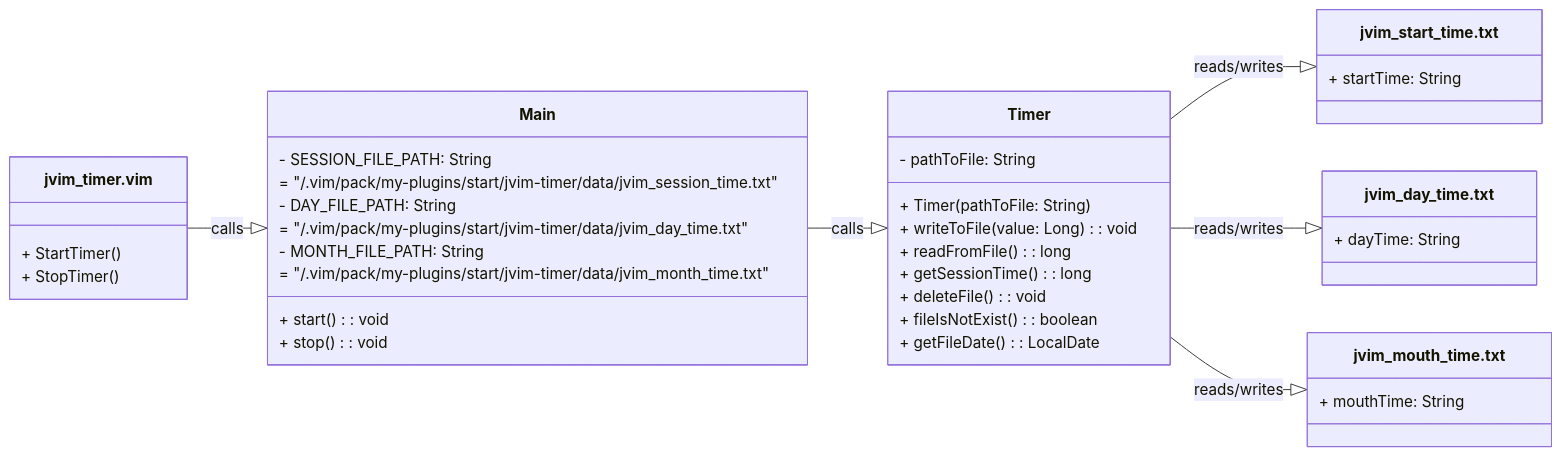
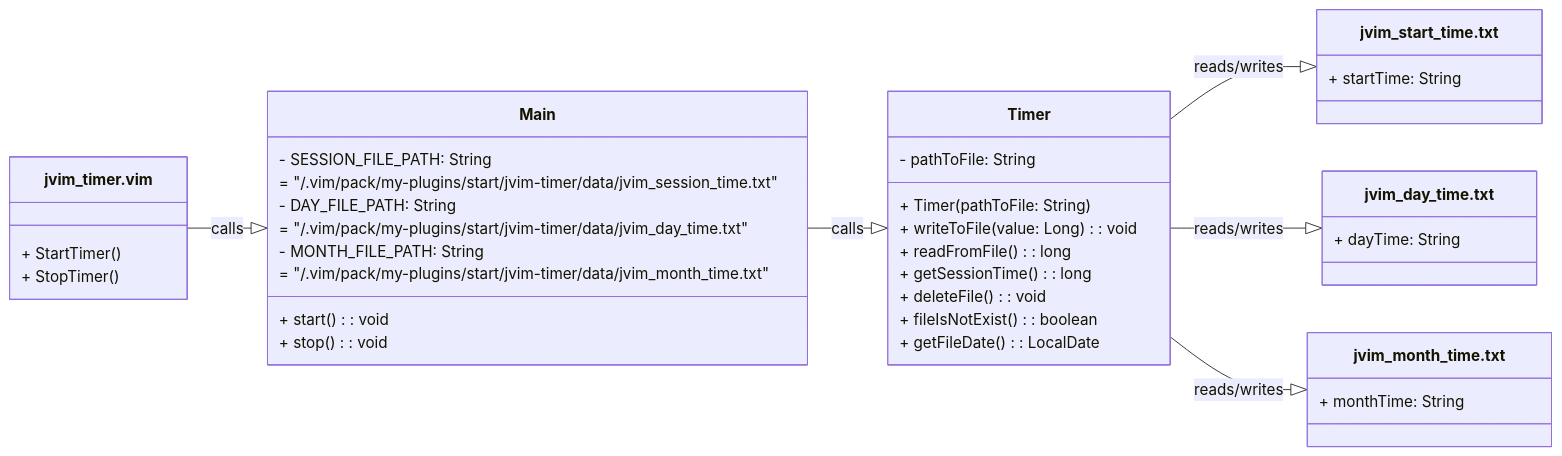
Before and after one commit to AlexandrAnatoliev/jvim-plugins: the second of 2 diagrams in jvim-timer/README.md, drawn with Mermaid. The commit also changed other lines of this file and 1 other file, not shown here.

First line of the commit message:
docs(jvim-timer): update README.md

````diff
--- a/jvim-timer/README.md
+++ b/jvim-timer/README.md
@@ -312,49 +308,49 @@
 ```mermaid
 classDiagram
   direction LR
   
   class jvim_timer.vim {
     + StartTimer()
     + StopTimer()
   }
 
   class Main {
     - SESSION_FILE_PATH: String 
       = "/.vim/pack/my-plugins/start/jvim-timer/data/jvim_session_time.txt"
     - DAY_FILE_PATH: String 
       = "/.vim/pack/my-plugins/start/jvim-timer/data/jvim_day_time.txt"
     - MONTH_FILE_PATH: String  
       = "/.vim/pack/my-plugins/start/jvim-timer/data/jvim_month_time.txt"
     + start(): void
     + stop(): void
   }
 
   class Timer {
     - pathToFile: String
     + Timer(pathToFile: String)
     + writeToFile(value: Long): void
     + readFromFile(): long
     + getSessionTime(): long
     + deleteFile(): void
     + fileIsNotExist(): boolean
     + getFileDate(): LocalDate
   }
 
   class jvim_start_time.txt {
     + startTime: String 
   }
 
   class jvim_day_time.txt {
     + dayTime: String
   }
 
-  class jvim_mouth_time.txt {
-    + mouthTime: String
+  class jvim_month_time.txt {
+    + monthTime: String
   }
 
   jvim_timer.vim --|> Main : calls
   Main --|> Timer : calls
   Timer --|> jvim_start_time.txt : reads/writes
   Timer --|> jvim_day_time.txt : reads/writes
-  Timer --|> jvim_mouth_time.txt : reads/writes
+  Timer --|> jvim_month_time.txt : reads/writes
 ```
````
